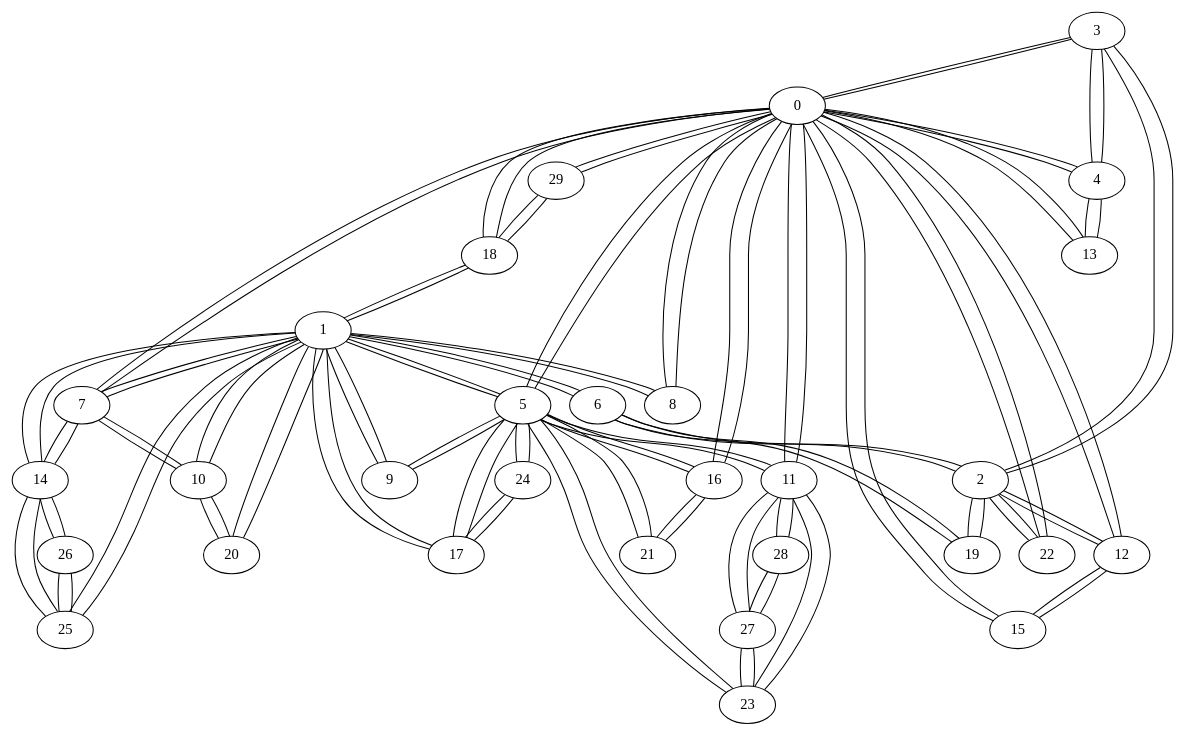
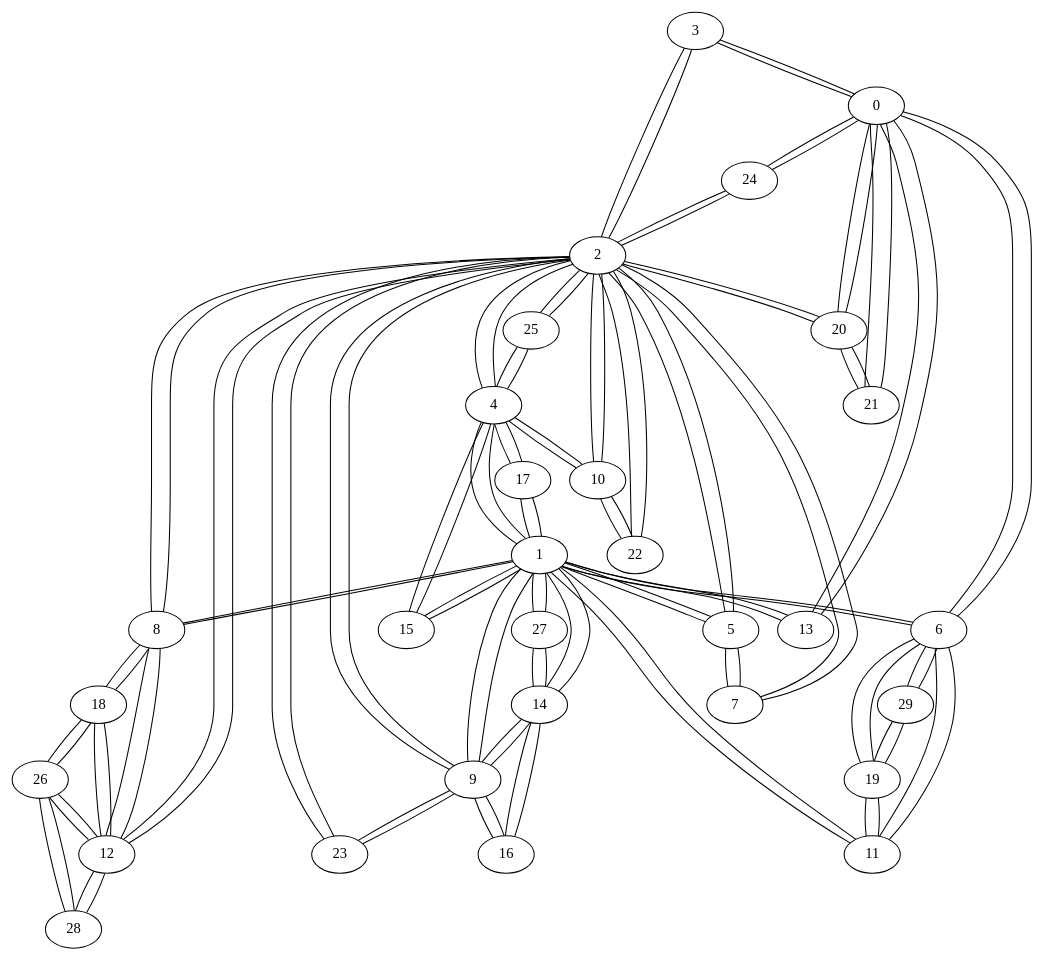
One commit to GusRojas/Grafos2DAA_A24 changed the diagram in grafo_dorogov30.gv. Above: the diagram before and after it, drawn with Graphviz. The commit also changed 12 other files, not shown here.

```diff
--- a/grafo_dorogov30.gv
+++ b/grafo_dorogov30.gv
@@ -1,110 +1,110 @@
 graph {
   3 -- 0;
   3 -- 2;
-  3 -- 4;
   0 -- 3;
-  0 -- 4;
-  0 -- 5;
-  0 -- 7;
-  0 -- 8;
-  0 -- 11;
-  0 -- 12;
+  0 -- 6;
   0 -- 13;
-  0 -- 15;
-  0 -- 16;
-  0 -- 18;
-  0 -- 22;
-  0 -- 29;
+  0 -- 20;
+  0 -- 21;
+  0 -- 24;
   2 -- 3;
-  2 -- 6;
+  2 -- 4;
+  2 -- 5;
+  2 -- 7;
+  2 -- 8;
+  2 -- 9;
+  2 -- 10;
   2 -- 12;
-  2 -- 19;
+  2 -- 20;
   2 -- 22;
-  4 -- 0;
-  4 -- 3;
-  4 -- 13;
-  5 -- 0;
-  5 -- 1;
-  5 -- 9;
-  5 -- 11;
-  5 -- 16;
-  5 -- 17;
-  5 -- 21;
-  5 -- 23;
-  5 -- 24;
+  2 -- 23;
+  2 -- 24;
+  2 -- 25;
+  4 -- 1;
+  4 -- 2;
+  4 -- 10;
+  4 -- 15;
+  4 -- 17;
+  4 -- 25;
+  1 -- 4;
   1 -- 5;
   1 -- 6;
-  1 -- 7;
   1 -- 8;
   1 -- 9;
-  1 -- 10;
+  1 -- 11;
+  1 -- 13;
   1 -- 14;
+  1 -- 15;
   1 -- 17;
-  1 -- 18;
-  1 -- 20;
-  1 -- 25;
+  1 -- 27;
+  5 -- 1;
+  5 -- 2;
+  5 -- 7;
+  6 -- 0;
   6 -- 1;
-  6 -- 2;
+  6 -- 11;
   6 -- 19;
-  7 -- 0;
-  7 -- 1;
-  7 -- 10;
-  7 -- 14;
-  8 -- 0;
+  6 -- 29;
+  7 -- 2;
+  7 -- 5;
   8 -- 1;
+  8 -- 2;
+  8 -- 12;
+  8 -- 18;
   9 -- 1;
-  9 -- 5;
-  10 -- 1;
-  10 -- 7;
-  10 -- 20;
-  11 -- 0;
-  11 -- 5;
-  11 -- 23;
-  11 -- 27;
-  11 -- 28;
-  12 -- 0;
+  9 -- 2;
+  9 -- 14;
+  9 -- 16;
+  9 -- 23;
+  10 -- 2;
+  10 -- 4;
+  10 -- 22;
+  11 -- 1;
+  11 -- 6;
+  11 -- 19;
   12 -- 2;
-  12 -- 15;
+  12 -- 8;
+  12 -- 18;
+  12 -- 26;
+  12 -- 28;
   13 -- 0;
-  13 -- 4;
+  13 -- 1;
   14 -- 1;
-  14 -- 7;
-  14 -- 25;
-  14 -- 26;
-  15 -- 0;
-  15 -- 12;
-  16 -- 0;
-  16 -- 5;
-  16 -- 21;
+  14 -- 9;
+  14 -- 16;
+  14 -- 27;
+  15 -- 1;
+  15 -- 4;
+  16 -- 9;
+  16 -- 14;
   17 -- 1;
-  17 -- 5;
-  17 -- 24;
-  18 -- 0;
-  18 -- 1;
-  18 -- 29;
-  19 -- 2;
+  17 -- 4;
+  18 -- 8;
+  18 -- 12;
+  18 -- 26;
   19 -- 6;
-  20 -- 1;
-  20 -- 10;
-  21 -- 5;
-  21 -- 16;
-  22 -- 0;
+  19 -- 11;
+  19 -- 29;
+  20 -- 0;
+  20 -- 2;
+  20 -- 21;
+  21 -- 0;
+  21 -- 20;
   22 -- 2;
-  23 -- 5;
-  23 -- 11;
-  23 -- 27;
-  24 -- 5;
-  24 -- 17;
-  25 -- 1;
-  25 -- 14;
-  25 -- 26;
-  26 -- 14;
-  26 -- 25;
-  27 -- 11;
-  27 -- 23;
-  27 -- 28;
-  28 -- 11;
-  28 -- 27;
-  29 -- 0;
-  29 -- 18;
+  22 -- 10;
+  23 -- 2;
+  23 -- 9;
+  24 -- 0;
+  24 -- 2;
+  25 -- 2;
+  25 -- 4;
+  26 -- 12;
+  26 -- 18;
+  26 -- 28;
+  27 -- 1;
+  27 -- 14;
+  28 -- 12;
+  28 -- 26;
+  29 -- 6;
+  29 -- 19;
 }
```
